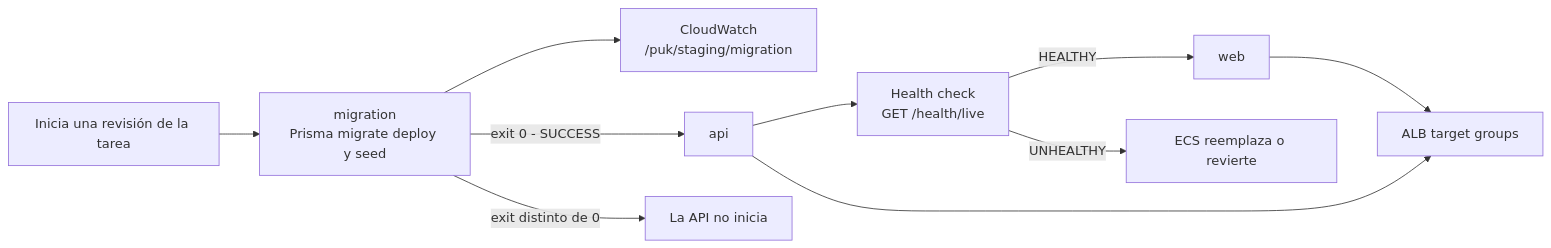
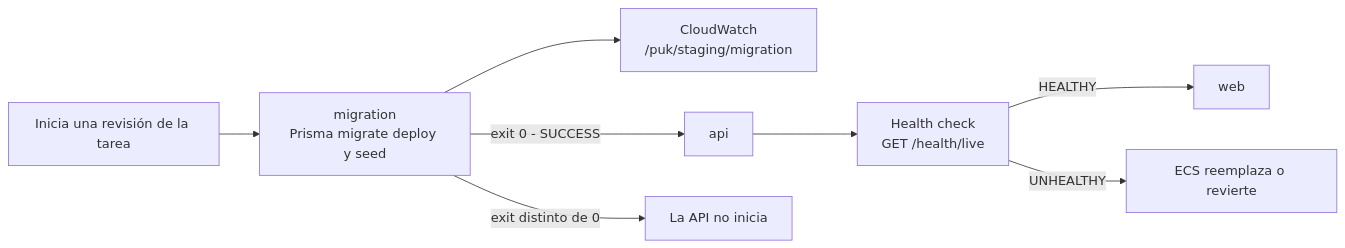
One commit to luistorres-idt/puk changed the second of 5 diagrams in docs/technical/infrastructure-and-operations.md. Above: the diagram before and after it, drawn with Mermaid. The commit also changed other lines of this file and 11 other files, not shown here.

````diff
--- a/docs/technical/infrastructure-and-operations.md
+++ b/docs/technical/infrastructure-and-operations.md
@@ -118,20 +95,17 @@
 ```mermaid
 flowchart LR
     Start[Inicia una revisión de la tarea]
     Migrate[migration<br/>Prisma migrate deploy y seed]
     MigrateLogs[CloudWatch<br/>/puk/staging/migration]
     Api[api]
     ApiHealth[Health check<br/>GET /health/live]
     Web[web]
-    Targets[ALB target groups]
 
     Start --> Migrate
     Migrate --> MigrateLogs
     Migrate -->|exit 0 - SUCCESS| Api
     Migrate -->|exit distinto de 0| Stop[La API no inicia]
     Api --> ApiHealth
     ApiHealth -->|HEALTHY| Web
     ApiHealth -->|UNHEALTHY| Replace[ECS reemplaza o revierte]
-    Web --> Targets
-    Api --> Targets
 ```
````
